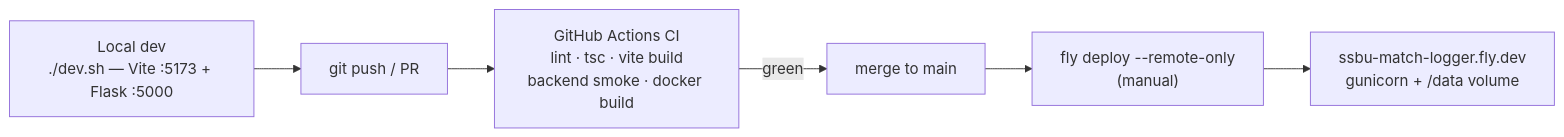
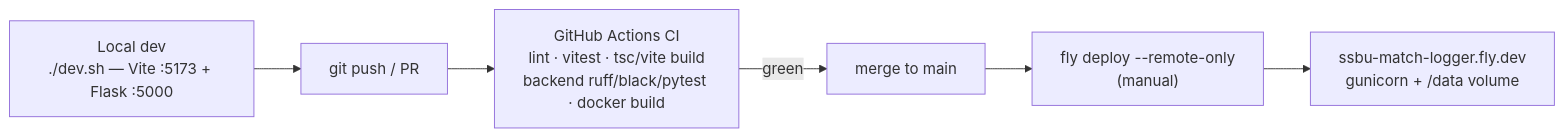
One commit to 0xHarrington/ssbu-match-logging changed the second of 2 diagrams in README.md. Above: the diagram before and after it, drawn with Mermaid. The commit also changed other lines of this file and 51 other files, not shown here.

````diff
--- a/README.md
+++ b/README.md
@@ -49,8 +49,8 @@
 ```mermaid
 flowchart LR
     DEV["Local dev<br/>./dev.sh — Vite :5173 + Flask :5000"] --> PUSH["git push / PR"]
-    PUSH --> CI["GitHub Actions CI<br/>lint · tsc · vite build<br/>backend smoke · docker build"]
+    PUSH --> CI["GitHub Actions CI<br/>lint · vitest · tsc/vite build<br/>backend ruff/black/pytest · docker build"]
     CI -->|green| MERGE["merge to main"]
     MERGE --> DEPLOY["fly deploy --remote-only<br/>(manual)"]
     DEPLOY --> PROD["ssbu-match-logger.fly.dev<br/>gunicorn + /data volume"]
 ```
````
